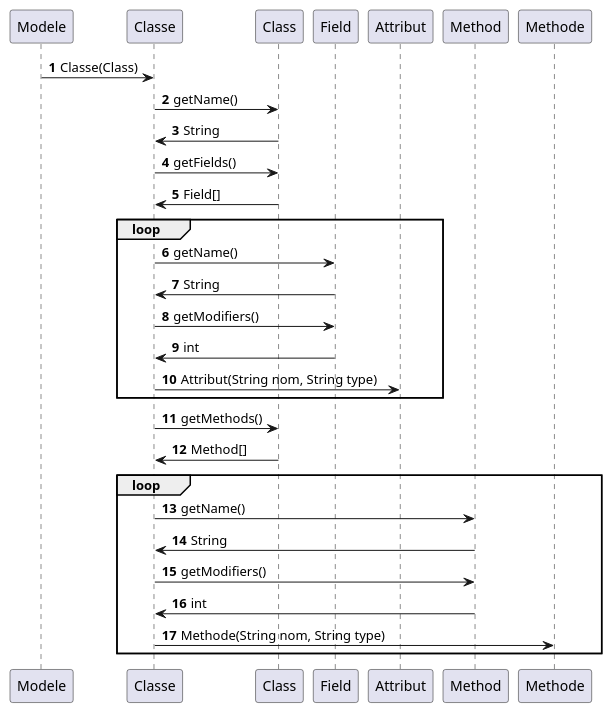
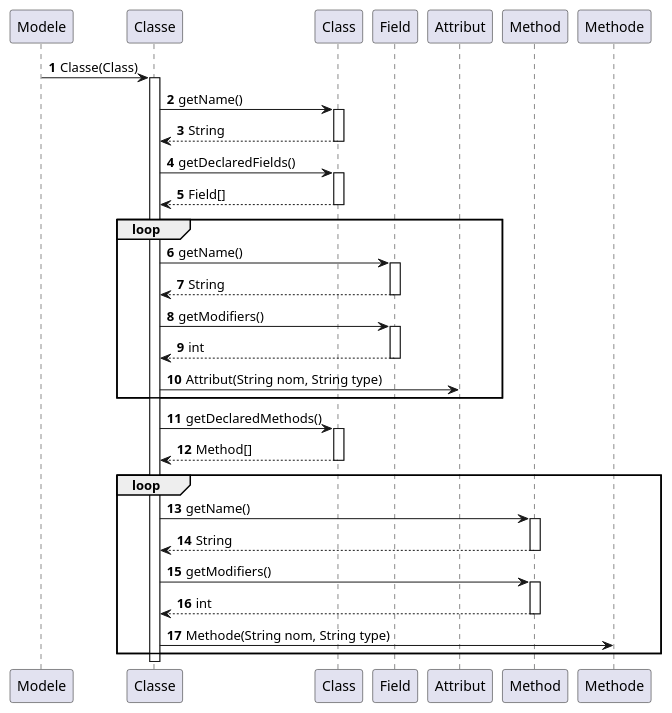
One commit to Cedran-Bastien/GENERATION-AUTOMATIQUE-DE-DIAGRAMME-DE-CLASSES changed the diagram in demo/Conception/Sprint_1/CreationClasse.puml. Above: the diagram before and after it, drawn with PlantUML. The commit also changed 13 other files, not shown here.

```diff
--- a/demo/Conception/Sprint_1/CreationClasse.puml
+++ b/demo/Conception/Sprint_1/CreationClasse.puml
@@ -1,29 +1,43 @@
 @startuml
 'https://plantuml.com/sequence-diagram
 
 autonumber
 
 Modele -> Classe: Classe(Class)
+activate Classe
 Classe -> Class: getName()
-Class -> Classe:String
-
-Classe -> Class:getFields()
-Class -> Classe:Field[]
+activate Class
+Class --> Classe:String
+deactivate Class
+Classe -> Class:getDeclaredFields()
+activate Class
+Class --> Classe:Field[]
+deactivate Class
 loop
 Classe -> Field:getName()
-Field -> Classe:String
+activate Field
+Field --> Classe:String
+deactivate Field
 Classe -> Field:getModifiers()
-Field -> Classe:int
+activate Field
+Field --> Classe:int
+deactivate Field
 Classe -> Attribut: Attribut(String nom, String type)
 end
-Classe -> Class:getMethods()
-Class -> Classe:Method[]
+Classe -> Class:getDeclaredMethods()
+activate Class
+Class --> Classe:Method[]
+deactivate Class
 loop
 Classe -> Method:getName()
-Method -> Classe:String
+activate Method
+Method --> Classe:String
+deactivate Method
 Classe -> Method:getModifiers()
-Method -> Classe:int
+activate Method
+Method --> Classe:int
+deactivate Method
 Classe -> Methode: Methode(String nom, String type)
 end
 
 @enduml
```
